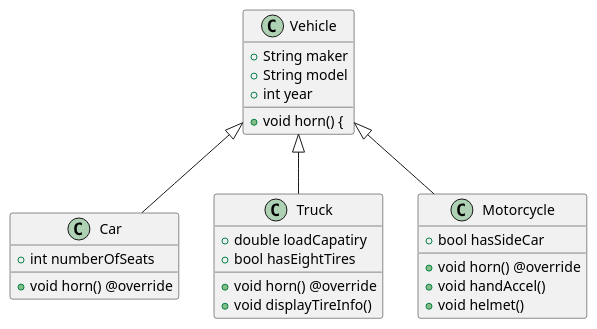
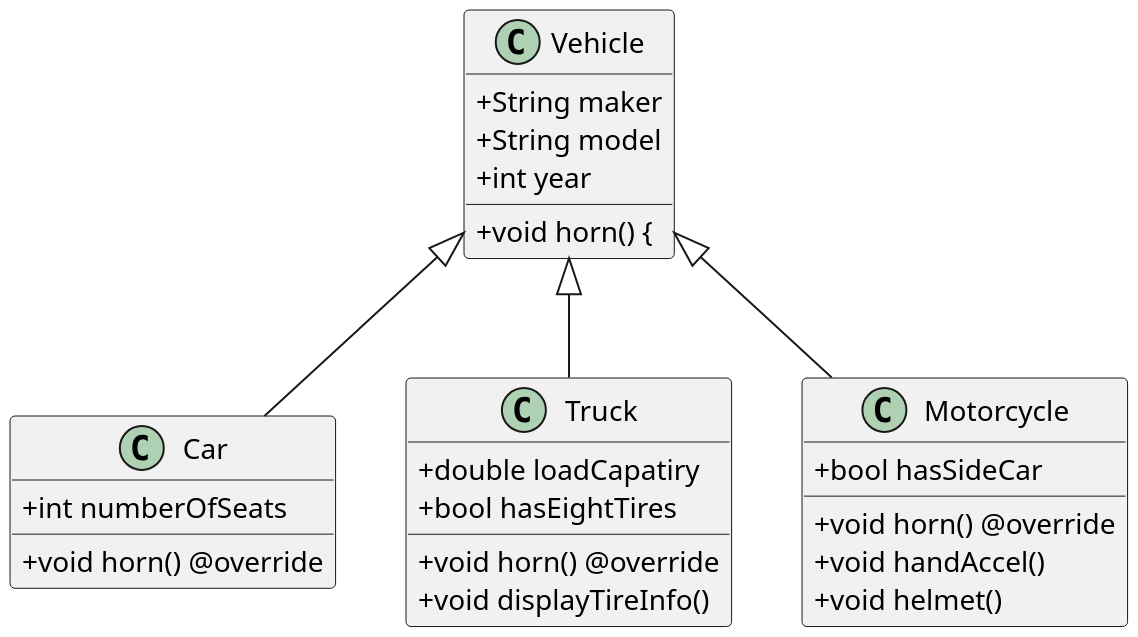
One commit to SeSAC-Flutter-6/learn_dart_together changed the diagram in lib/04_inheitance/vehicle.puml. Above: the diagram before and after it, drawn with PlantUML. The commit also changed 2 other files, not shown here.

Commit message:
feat : book 클래스 수정, book클래스 uml 작성, vehicle uml 수정

```diff
--- a/lib/04_inheitance/vehicle.puml
+++ b/lib/04_inheitance/vehicle.puml
@@ -1,37 +1,40 @@
 @startuml
+scale 2
+skinparam classAttributeIconSize 0
+
 class Vehicle {
 + String maker
 + String model
 + int year
 
 + void horn() {
 
 }
 
 class Car extends Vehicle {
 + void horn() @override
 + int numberOfSeats
 
 
 }
 
 class Truck extends Vehicle {
 + double loadCapatiry
 + bool hasEightTires
 
 
 + void horn() @override
 + void displayTireInfo()
 
 }
 
 class Motorcycle extends Vehicle {
 + bool hasSideCar
 
 + void horn() @override
 + void handAccel()
 + void helmet()
 
 }
 
 @enduml
```
